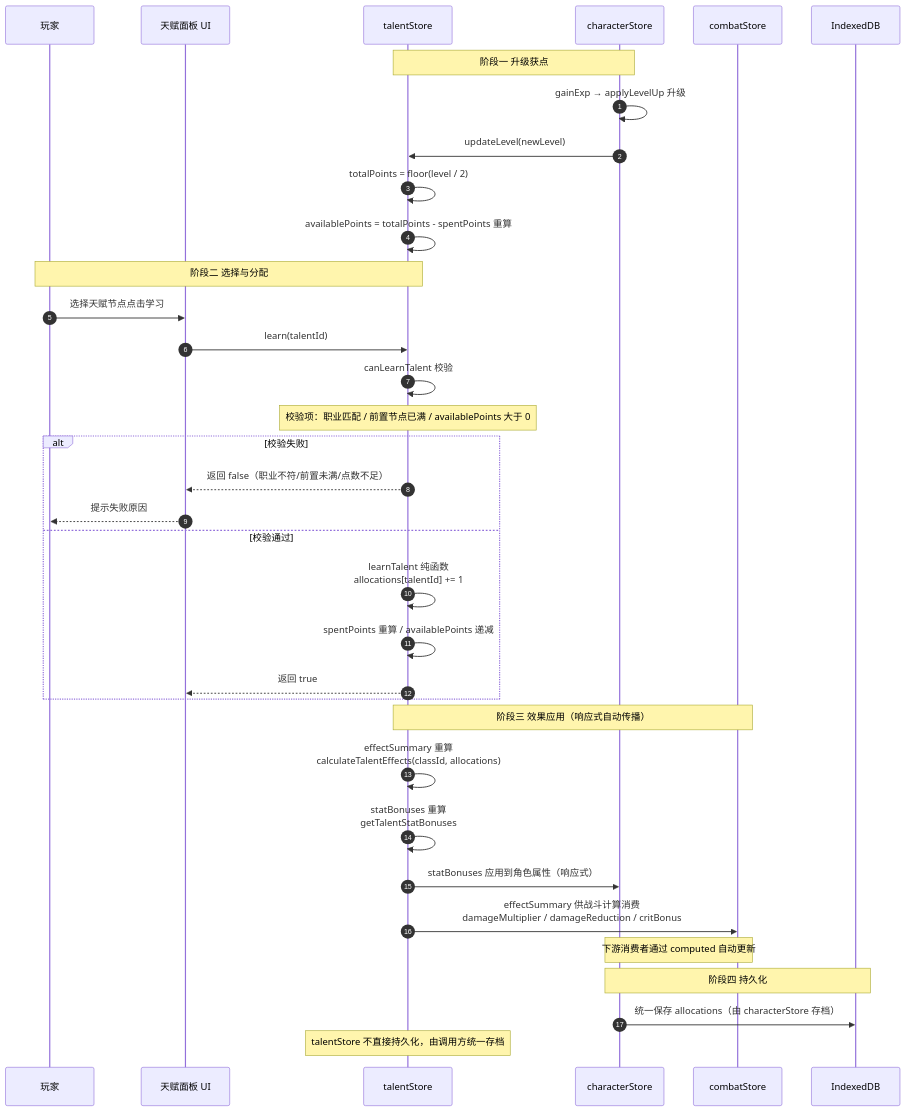
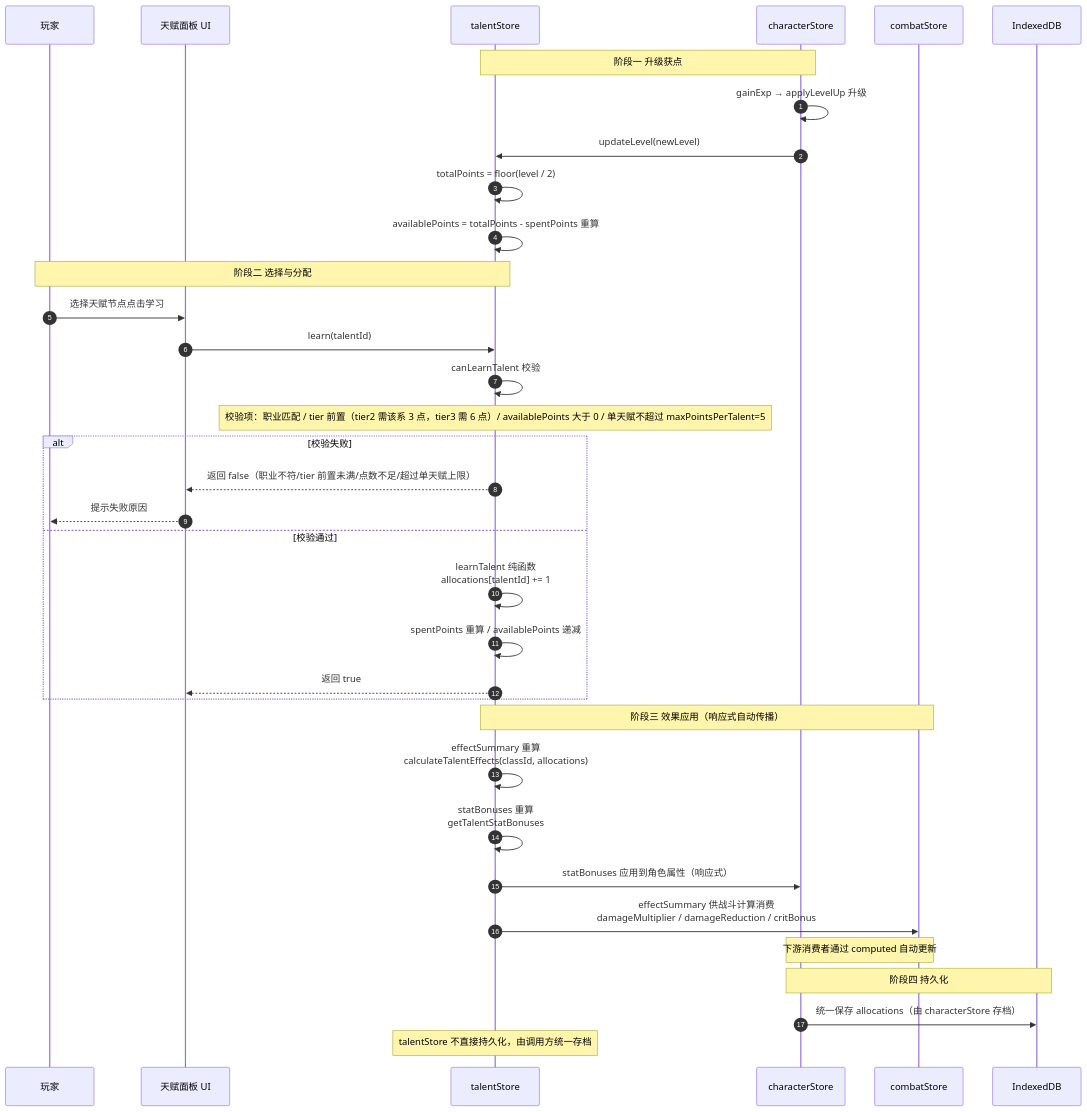
One commit to SonDemigods/wow_dnd changed diagram 14 of 17 in doc/project/BUSINESS_PROCESSES.md. Above: the diagram before and after it, drawn with Mermaid. The commit also changed other lines of this file and 4 other files, not shown here.

````diff
--- a/doc/project/BUSINESS_PROCESSES.md
+++ b/doc/project/BUSINESS_PROCESSES.md
@@ -824,41 +821,41 @@
 ```mermaid
 sequenceDiagram
     autonumber
     participant U as 玩家
     participant UI as 天赋面板 UI
     participant TS as talentStore
     participant CharS as characterStore
     participant CS as combatStore
     participant DB as IndexedDB
 
     Note over CharS,TS: 阶段一 升级获点
     CharS->>CharS: gainExp → applyLevelUp 升级
     CharS->>TS: updateLevel(newLevel)
     TS->>TS: totalPoints = floor(level / 2)
     TS->>TS: availablePoints = totalPoints - spentPoints 重算
 
     Note over U,TS: 阶段二 选择与分配
     U->>UI: 选择天赋节点点击学习
     UI->>TS: learn(talentId)
     TS->>TS: canLearnTalent 校验
-    Note over TS: 校验项：职业匹配 / 前置节点已满 / availablePoints 大于 0
+    Note over TS: 校验项：职业匹配 / tier 前置（tier2 需该系 3 点，tier3 需 6 点）/ availablePoints 大于 0 / 单天赋不超过 maxPointsPerTalent=5
     alt 校验失败
-        TS-->>UI: 返回 false（职业不符/前置未满/点数不足）
+        TS-->>UI: 返回 false（职业不符/tier 前置未满/点数不足/超过单天赋上限）
         UI-->>U: 提示失败原因
     else 校验通过
         TS->>TS: learnTalent 纯函数<br/>allocations[talentId] += 1
         TS->>TS: spentPoints 重算 / availablePoints 递减
         TS-->>UI: 返回 true
     end
 
     Note over TS,CS: 阶段三 效果应用（响应式自动传播）
     TS->>TS: effectSummary 重算<br/>calculateTalentEffects(classId, allocations)
     TS->>TS: statBonuses 重算<br/>getTalentStatBonuses
     TS->>CharS: statBonuses 应用到角色属性（响应式）
     TS->>CS: effectSummary 供战斗计算消费<br/>damageMultiplier / damageReduction / critBonus
     Note over CharS,CS: 下游消费者通过 computed 自动更新
 
     Note over CharS,DB: 阶段四 持久化
     CharS->>DB: 统一保存 allocations（由 characterStore 存档）
     Note over TS: talentStore 不直接持久化，由调用方统一存档
 ```
````
